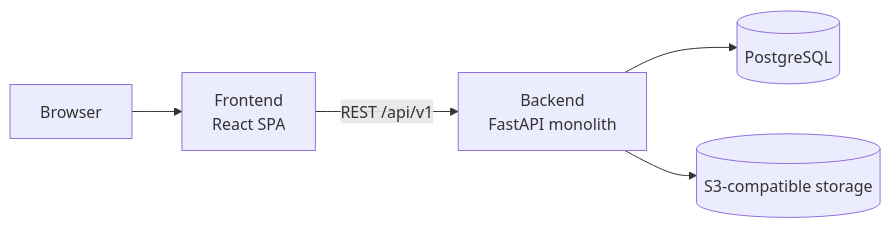
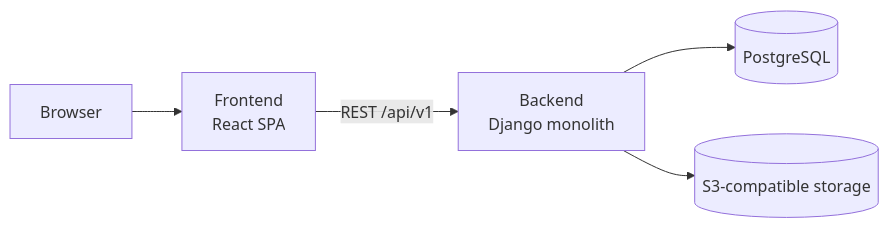
One commit to Samost-back/Gymeri changed the diagram in README.md. Above: the diagram before and after it, drawn with Mermaid. The commit also changed other lines of this file, not shown here.

First line of the commit message:
Revise README for Django backend integration

````diff
--- a/README.md
+++ b/README.md
@@ -18,7 +17,7 @@
 ```mermaid
 flowchart LR
   U[Browser] --> F[Frontend<br/>React SPA]
-  F -->|REST /api/v1| B[Backend<br/>FastAPI monolith]
+  F -->|REST /api/v1| B[Backend<br/>Django monolith]
   B --> D[(PostgreSQL)]
   B --> S[(S3-compatible storage)]
 ```
````
